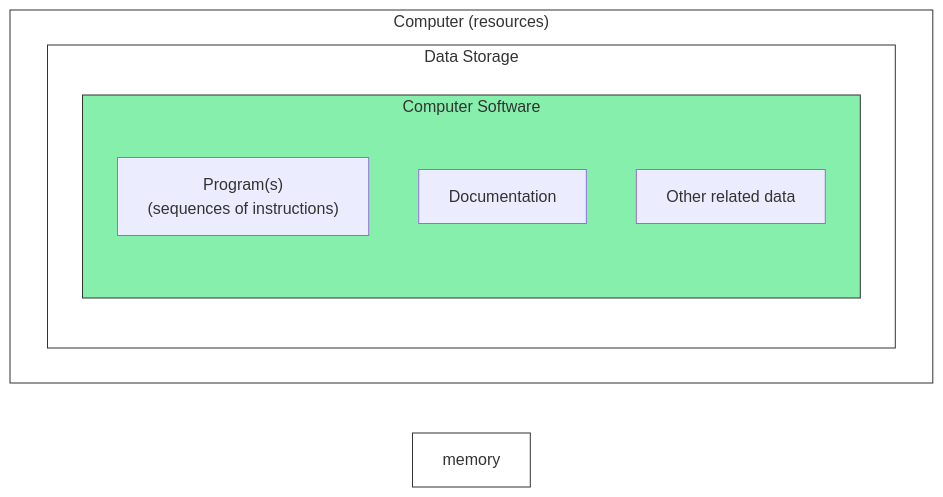
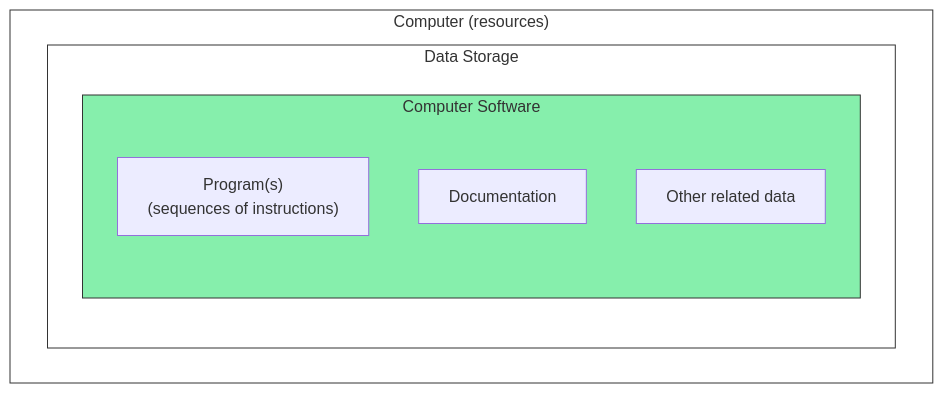
Before and after one commit to CU-DBMI/set-website: the first of 11 diagrams in _posts/2024-01-22-Python-Memory-Management-and-Troubleshooting.md, drawn with Mermaid. The commit also changed other lines of this file, not shown here.

````diff
--- a/_posts/2024-01-22-Python-Memory-Management-and-Troubleshooting.md
+++ b/_posts/2024-01-22-Python-Memory-Management-and-Troubleshooting.md
@@ -35,19 +35,18 @@
 ```mermaid!
 flowchart LR
 
 subgraph computer ["Computer (resources)"]
   direction LR
   subgraph storage["Data Storage"]
     subgraph software["Computer Software"]
         program["Program(s)\n(sequences of instructions)"]
         documentation["Documentation"]
         other_data["Other related data"]
     end
   end
 end
 
 style computer fill:#fff,stroke:#333
 style storage fill:#fff,stroke:#333
-style memory fill:#fff,stroke:#333
 style software fill:#86EFAC,stroke:#333
 ```
````
